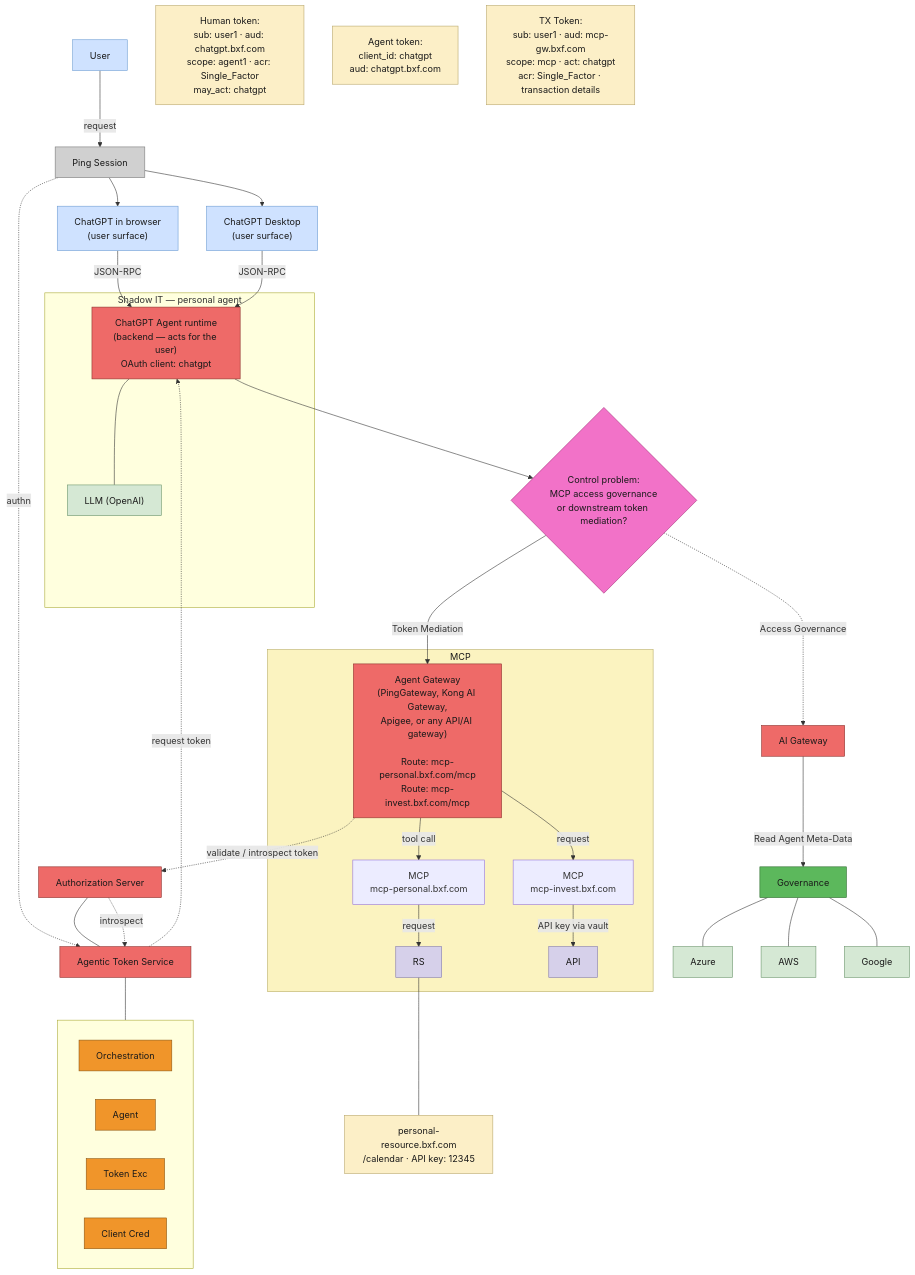
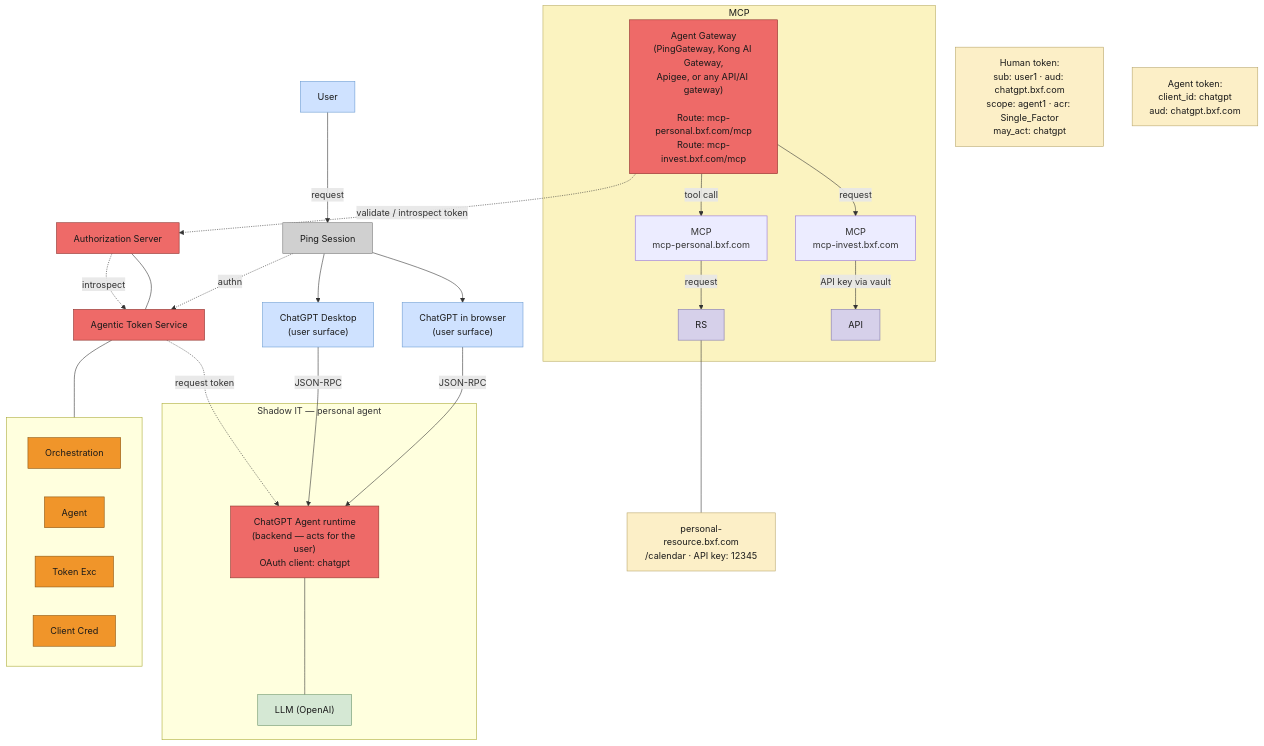
The diagram in docs/diagrams/personal-agent-chatgpt.mmd (curtismu7/AI-DEMO2), drawn with Mermaid before and after one commit. The commit also changed 1 other file, not shown here.

Commit message:
docs(diagrams): remove control-problem diamond and AI governance branch

```diff
--- a/docs/diagrams/personal-agent-chatgpt.mmd
+++ b/docs/diagrams/personal-agent-chatgpt.mmd
@@ -1,92 +1,75 @@
 %% Personal agent version of "V2 Agent - GW/Authorize" (Lucid page)
 %% ChatGPT is the personal agent — browser + Desktop surfaces, one agent runtime
 flowchart TB
     USER["User"]
     PINGSESS["Ping Session"]
     CHATB["ChatGPT in browser<br/>(user surface)"]
     GPTD["ChatGPT Desktop<br/>(user surface)"]
 
     subgraph SHADOW["Shadow IT — personal agent"]
         AGENT1["ChatGPT Agent runtime<br/>(backend — acts for the user)<br/>OAuth client: chatgpt"]
         LLM["LLM (OpenAI)"]
     end
 
     ATS["Agentic Token Service"]
     subgraph ATSSUB[" "]
         direction LR
         ORCH["Orchestration"]
         AGT["Agent"]
         TXE["Token Exc"]
         CCRED["Client Cred"]
     end
     AUTHZ["Authorization Server"]
 
     HTOK["Human token:<br/>sub: user1 · aud: chatgpt.bxf.com<br/>scope: agent1 · acr: Single_Factor<br/>may_act: chatgpt"]
     AGTOK["Agent token:<br/>client_id: chatgpt<br/>aud: chatgpt.bxf.com"]
-    TXTOK["TX Token:<br/>sub: user1 · aud: mcp-gw.bxf.com<br/>scope: mcp · act: chatgpt<br/>acr: Single_Factor · transaction details"]
 
-    DEC{"Control problem:<br/>MCP access governance<br/>or downstream token mediation?"}
 
     subgraph MCPBOX["MCP"]
         GW["Agent Gateway<br/>(PingGateway, Kong AI Gateway,<br/>Apigee, or any API/AI gateway)<br/><br/>Route: mcp-personal.bxf.com/mcp<br/>Route: mcp-invest.bxf.com/mcp"]
         MCPOLB["MCP<br/>mcp-personal.bxf.com"]
         MCPINV["MCP<br/>mcp-invest.bxf.com"]
         RS["RS"]
         API["API"]
     end
     INVTOK["personal-resource.bxf.com<br/>/calendar · API key: 12345"]
 
-    AIGW["AI Gateway"]
-    GOV["Governance"]
-    AZURE["Azure"]
-    AWS["AWS"]
-    GOOGLE["Google"]
 
     USER -->|request| PINGSESS
     PINGSESS --> CHATB
     PINGSESS --> GPTD
     CHATB -->|JSON-RPC| AGENT1
     GPTD -->|JSON-RPC| AGENT1
     AGENT1 --- LLM
     PINGSESS -.->|authn| ATS
     ATS --- ATSSUB
     AUTHZ --- ATS
     AUTHZ -.->|introspect| ATS
     ATS -.->|request token| AGENT1
-    AGENT1 --> DEC
-    DEC -->|Token Mediation| GW
-    DEC -.->|Access Governance| AIGW
     GW -->|tool call| MCPOLB
     GW -->|request| MCPINV
     GW -.->|validate / introspect token| AUTHZ
     MCPOLB -->|request| RS
     MCPINV -->|API key via vault| API
     RS --- INVTOK
-    AIGW -->|Read Agent Meta-Data| GOV
-    GOV --- AZURE
-    GOV --- AWS
-    GOV --- GOOGLE
 
     classDef red fill:#ee6a68,stroke:#8a2f2a,color:#1a1a1a
     classDef orange fill:#f0952a,stroke:#8a5410,color:#1a1a1a
     classDef cream fill:#fcefc7,stroke:#b8a66a,color:#1a1a1a
     classDef pink fill:#f272c8,stroke:#a12a76,color:#1a1a1a
     classDef yellow fill:#fbf3c0,stroke:#b8ac60,color:#1a1a1a
     classDef blue fill:#cfe2ff,stroke:#6b9bd2,color:#1a1a1a
     classDef green fill:#d5e8d4,stroke:#6a936a,color:#1a1a1a
     classDef dgreen fill:#5cb85c,stroke:#2d6a2d,color:#1a1a1a
     classDef purple fill:#d6d0ea,stroke:#8077ad,color:#1a1a1a
     classDef grey fill:#d0d0d0,stroke:#777777,color:#1a1a1a
 
-    class ATS,AUTHZ,GW,AIGW red
+    class ATS,AUTHZ,GW red
     class ORCH,AGT,TXE,CCRED orange
-    class HTOK,AGTOK,TXTOK,INVTOK cream
-    class DEC pink
+    class HTOK,AGTOK,INVTOK cream
     class MCPBOX yellow
     class USER,CHATB,GPTD blue
-    class AZURE,AWS,GOOGLE green
-    class GOV dgreen
     class RS,API purple
     class AGENT1 red
     class LLM green
     class PINGSESS grey
```
